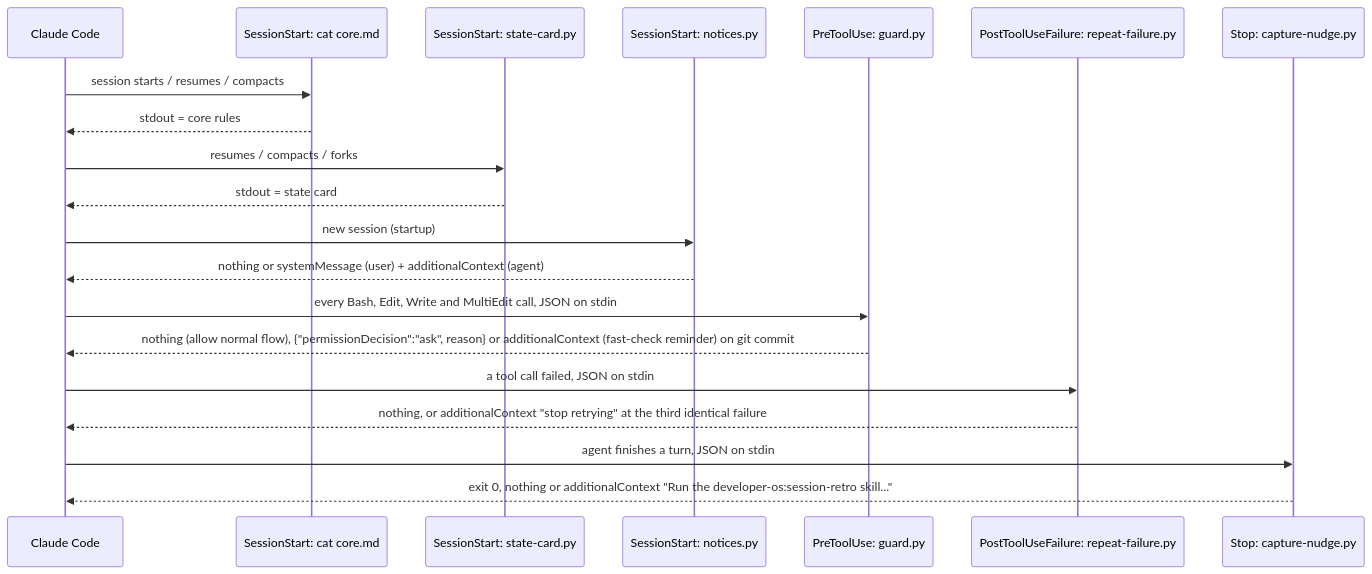
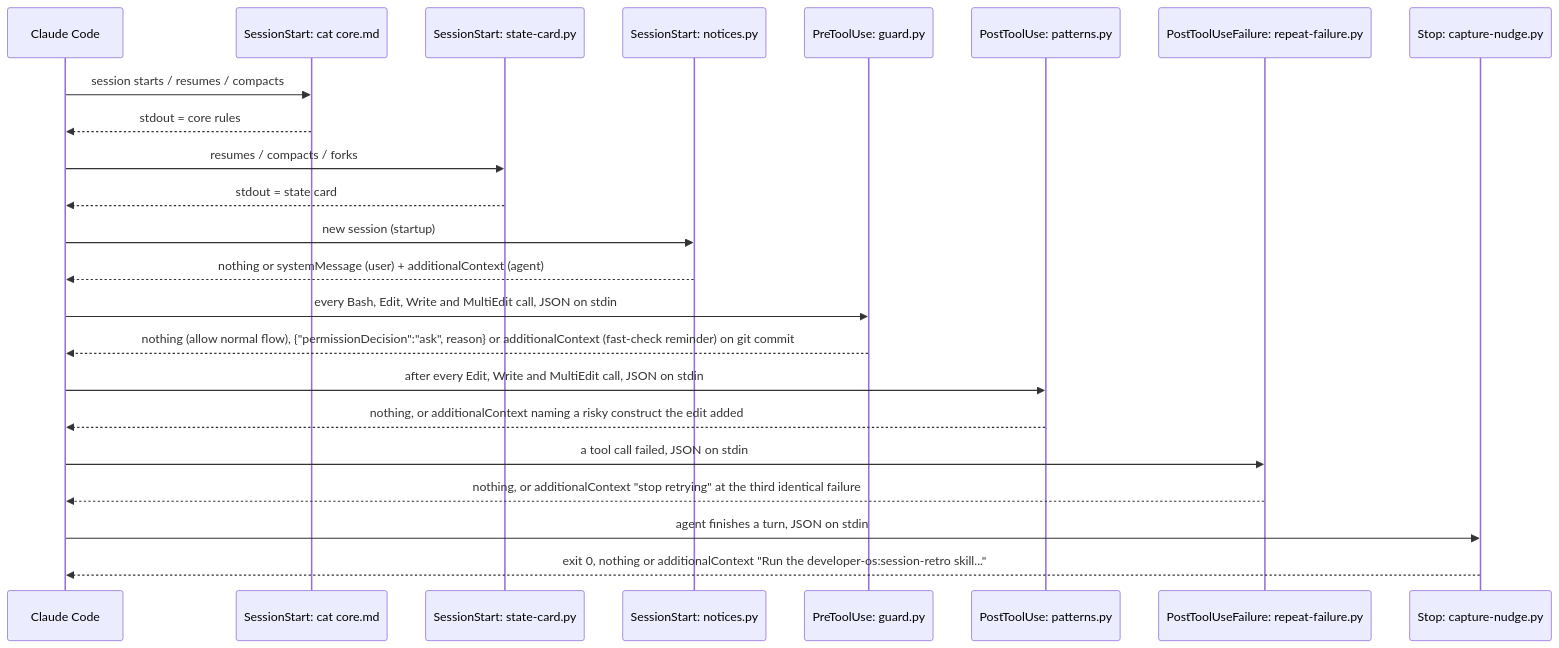
The first of 2 diagrams in docs/architecture/overview.md (msolecki/developer-os), drawn with Mermaid before and after one commit. The commit also changed other lines of this file and 14 other files, not shown here.

````diff
--- a/docs/architecture/overview.md
+++ b/docs/architecture/overview.md
@@ -63,22 +63,25 @@
 ```mermaid
 sequenceDiagram
   participant CC as Claude Code
   participant R as SessionStart: cat core.md
   participant SS as SessionStart: state-card.py
   participant NO as SessionStart: notices.py
   participant G as PreToolUse: guard.py
+  participant P as PostToolUse: patterns.py
   participant F as PostToolUseFailure: repeat-failure.py
   participant N as Stop: capture-nudge.py
   CC->>R: session starts / resumes / compacts
   R-->>CC: stdout = core rules
   CC->>SS: resumes / compacts / forks
   SS-->>CC: stdout = state card
   CC->>NO: new session (startup)
   NO-->>CC: nothing or systemMessage (user) + additionalContext (agent)
   CC->>G: every Bash, Edit, Write and MultiEdit call, JSON on stdin
   G-->>CC: nothing (allow normal flow), {"permissionDecision":"ask", reason} or additionalContext (fast-check reminder) on git commit
+  CC->>P: after every Edit, Write and MultiEdit call, JSON on stdin
+  P-->>CC: nothing, or additionalContext naming a risky construct the edit added
   CC->>F: a tool call failed, JSON on stdin
   F-->>CC: nothing, or additionalContext "stop retrying" at the third identical failure
   CC->>N: agent finishes a turn, JSON on stdin
   N-->>CC: exit 0, nothing or additionalContext "Run the developer-os:session-retro skill..."
 ```
````
